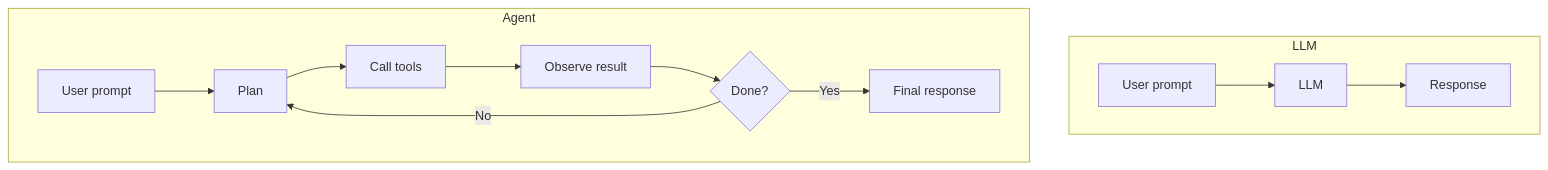
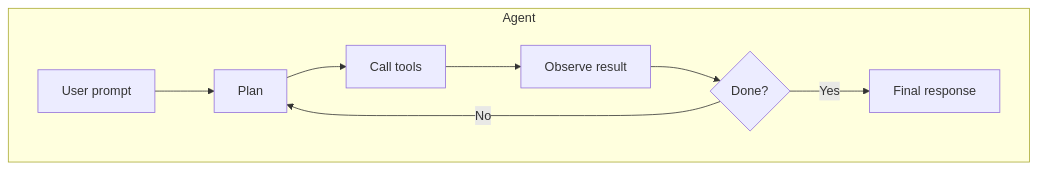
Before and after one commit to jpraychev/youtube: the fourth of 7 diagrams in 001/README.md, drawn with Mermaid.

````diff
--- a/001/README.md
+++ b/001/README.md
@@ -90,16 +98,11 @@
 ```mermaid
 flowchart TD
-    subgraph LLM
-        P1[User prompt] --> P2[LLM]
-        P2 --> P3[Response]
-    end
-
     subgraph Agent
         A1[User prompt] --> A2[Plan]
         A2 --> A3[Call tools]
         A3 --> A4[Observe result]
         A4 --> A5{Done?}
         A5 -->|No| A2
         A5 -->|Yes| A6[Final response]
     end
 ```
````
